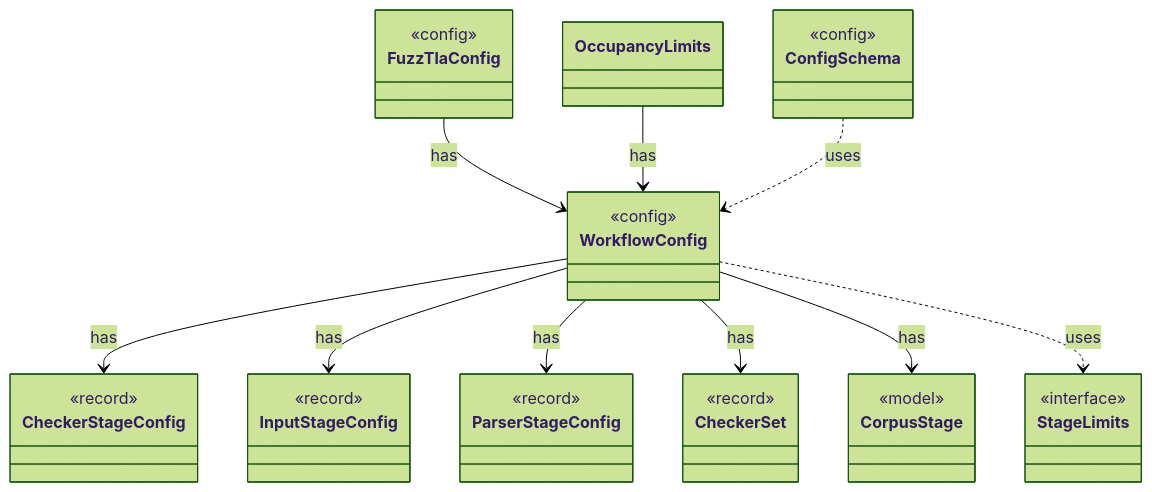
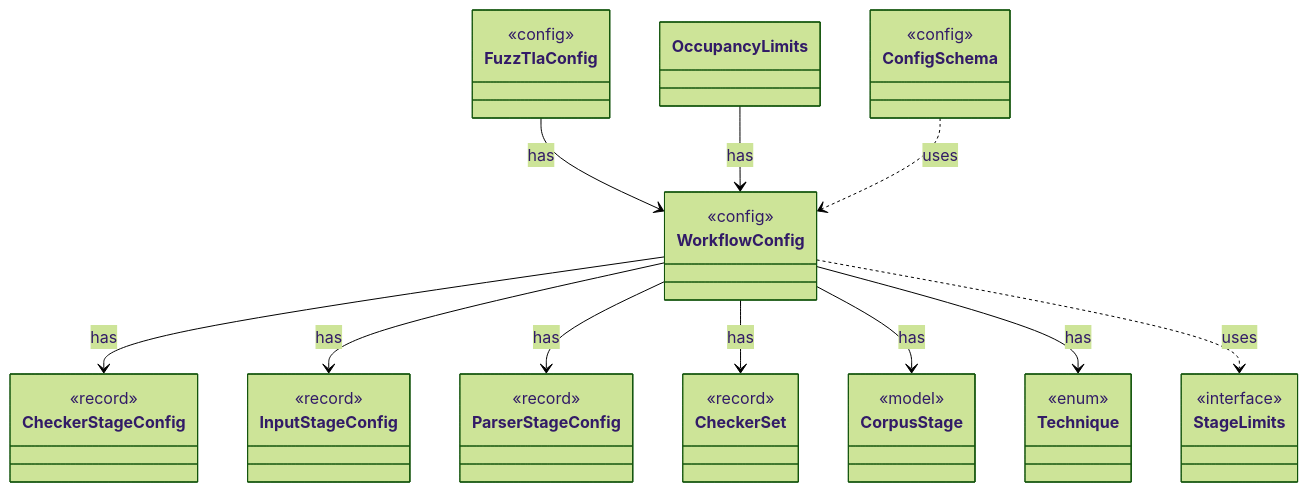
Before and after one commit to tlaplus/model-checker-hardening: the diagram in dev/types/io.github.tlaplus.hardening.config.WorkflowConfig.md, drawn with Mermaid (forest theme). The commit also changed other lines of this file and 411 other files, not shown here.

````diff
--- a/dev/types/io.github.tlaplus.hardening.config.WorkflowConfig.md
+++ b/dev/types/io.github.tlaplus.hardening.config.WorkflowConfig.md
@@ -7,40 +7,44 @@
 ```mermaid
 classDiagram
   class WorkflowConfig {
     <<config>>
   }
   class CheckerStageConfig {
     <<record>>
   }
   class InputStageConfig {
     <<record>>
   }
   class ParserStageConfig {
     <<record>>
   }
   class CheckerSet {
     <<record>>
   }
   class CorpusStage {
     <<model>>
   }
+  class Technique {
+    <<enum>>
+  }
   class FuzzTlaConfig {
     <<config>>
   }
   class OccupancyLimits
   class StageLimits {
     <<interface>>
   }
   class ConfigSchema {
     <<config>>
   }
   WorkflowConfig --> CheckerStageConfig : has
   WorkflowConfig --> InputStageConfig : has
   WorkflowConfig --> ParserStageConfig : has
   WorkflowConfig --> CheckerSet : has
   WorkflowConfig --> CorpusStage : has
+  WorkflowConfig --> Technique : has
   FuzzTlaConfig --> WorkflowConfig : has
   OccupancyLimits --> WorkflowConfig : has
   WorkflowConfig ..> StageLimits : uses
   ConfigSchema ..> WorkflowConfig : uses
 ```
````
